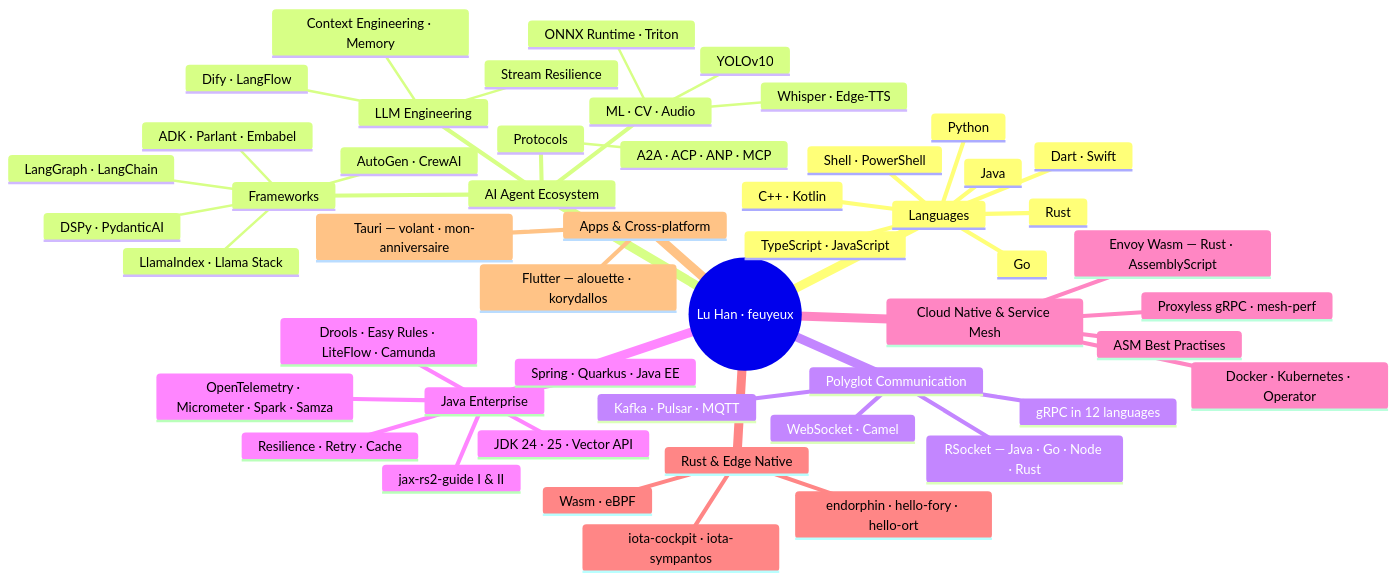
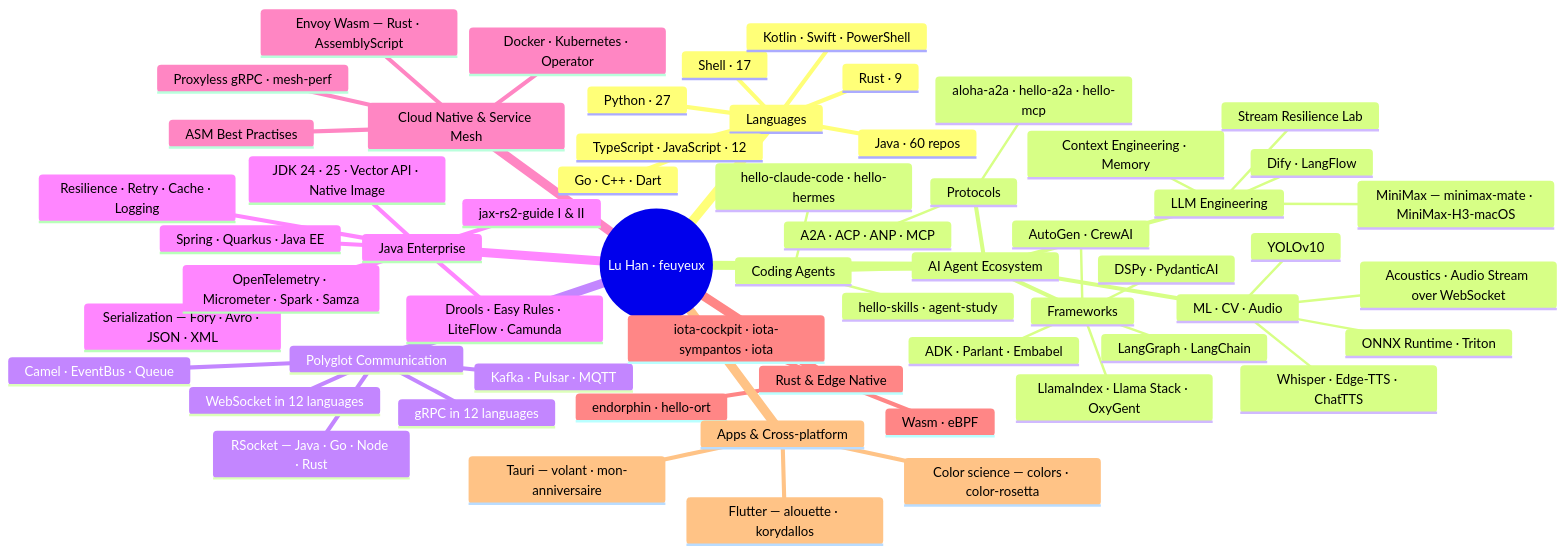
One commit to feuyeux/feuyeux changed the diagram in README.md. Above: the diagram before and after it, drawn with Mermaid. The commit also changed other lines of this file, not shown here.

Commit message:
docs: refresh profile stats from latest repository data
- hello-* series 99 -> 100, RSocket series 7 -> 9 repos
- original repo count 147 -> 149 public original repos
- reorder language badges by actual repo count, add Swift
- panorama: add coding agents, MiniMax, serialization, color science,
  WebSocket in 12 languages, acoustics; move hello-fory to Java branch
- featured: pin hello-langchain and hello-rsocket

````diff
--- a/README.md
+++ b/README.md
@@ -61,54 +63,62 @@
 ```mermaid
 mindmap
   root((Lu Han · feuyeux))
     Languages
-      Java
-      Python
-      TypeScript · JavaScript
-      Rust
-      Go
-      C++ · Kotlin
-      Dart · Swift
-      Shell · PowerShell
+      Java · 60 repos
+      Python · 27
+      Shell · 17
+      Rust · 9
+      TypeScript · JavaScript · 12
+      Go · C++ · Dart
+      Kotlin · Swift · PowerShell
     AI Agent Ecosystem
       Frameworks
         LangGraph · LangChain
         DSPy · PydanticAI
         AutoGen · CrewAI
         ADK · Parlant · Embabel
-        LlamaIndex · Llama Stack
+        LlamaIndex · Llama Stack · OxyGent
       Protocols
         A2A · ACP · ANP · MCP
+        aloha-a2a · hello-a2a · hello-mcp
+      Coding Agents
+        hello-claude-code · hello-hermes
+        hello-skills · agent-study
       LLM Engineering
         Context Engineering · Memory
-        Stream Resilience
+        Stream Resilience Lab
         Dify · LangFlow
+        MiniMax — minimax-mate · MiniMax-H3-macOS
       ML · CV · Audio
         ONNX Runtime · Triton
         YOLOv10
-        Whisper · Edge-TTS
+        Whisper · Edge-TTS · ChatTTS
+        Acoustics · Audio Stream over WebSocket
     Polyglot Communication
       gRPC in 12 languages
+      WebSocket in 12 languages
       RSocket — Java · Go · Node · Rust
       Kafka · Pulsar · MQTT
-      WebSocket · Camel
+      Camel · EventBus · Queue
     Java Enterprise
       jax-rs2-guide I & II
       Spring · Quarkus · Java EE
       Drools · Easy Rules · LiteFlow · Camunda
-      Resilience · Retry · Cache
-      JDK 24 · 25 · Vector API
+      Resilience · Retry · Cache · Logging
+      JDK 24 · 25 · Vector API · Native Image
+      Serialization — Fory · Avro · JSON · XML
       OpenTelemetry · Micrometer · Spark · Samza
     Cloud Native & Service Mesh
       ASM Best Practises
       Proxyless gRPC · mesh-perf
       Envoy Wasm — Rust · AssemblyScript
       Docker · Kubernetes · Operator
     Rust & Edge Native
-      iota-cockpit · iota-sympantos
+      iota-cockpit · iota-sympantos · iota
       Wasm · eBPF
-      endorphin · hello-fory · hello-ort
+      endorphin · hello-ort
     Apps & Cross-platform
       Tauri — volant · mon-anniversaire
       Flutter — alouette · korydallos
+      Color science — colors · color-rosetta
 ```
````
